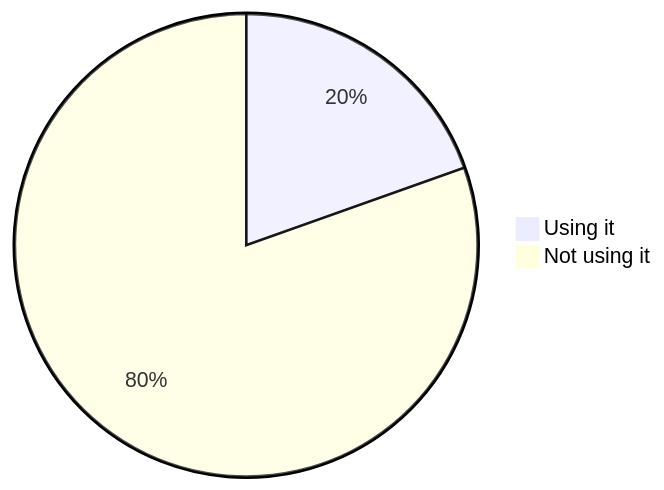
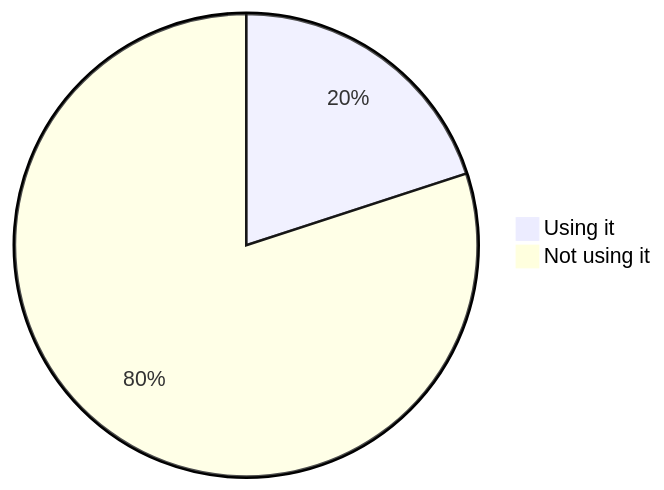
Before and after one commit to oshp/oshp-stats: diagram 18 of 22 in stats.md, drawn with Mermaid. The commit also changed other lines of this file, not shown here.

````diff
--- a/stats.md
+++ b/stats.md
@@ -214,6 +214,6 @@
 ```mermaid
 pie
-	"Using it" : 19.56
-	"Not using it" : 80.44
+	"Using it" : 19.99
+	"Not using it" : 80.01
 
 ```
````
